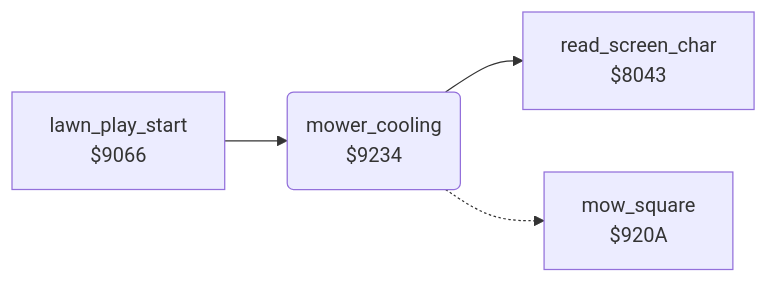
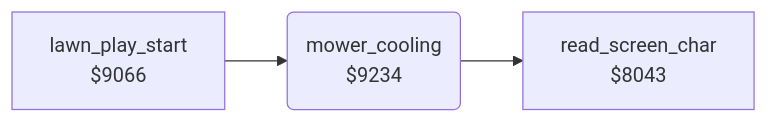
The diagram in hover_bovver/docs/reference/modules/status/mower_cooling.md (henols/c64_games), drawn with Mermaid before and after one commit. The commit also changed other lines of this file and 1100 other files, not shown here.

````diff
--- a/hover_bovver/docs/reference/modules/status/mower_cooling.md
+++ b/hover_bovver/docs/reference/modules/status/mower_cooling.md
@@ -10,10 +16,8 @@
 ```mermaid
 flowchart LR
   n8043["read_screen_char<br/>$8043"]
   n9066["lawn_play_start<br/>$9066"]
-  n920a["mow_square<br/>$920A"]
   n9234("mower_cooling<br/>$9234")
   n9066 --> n9234
   n9234 --> n8043
-  n9234 -.-> n920a
 ```
````
